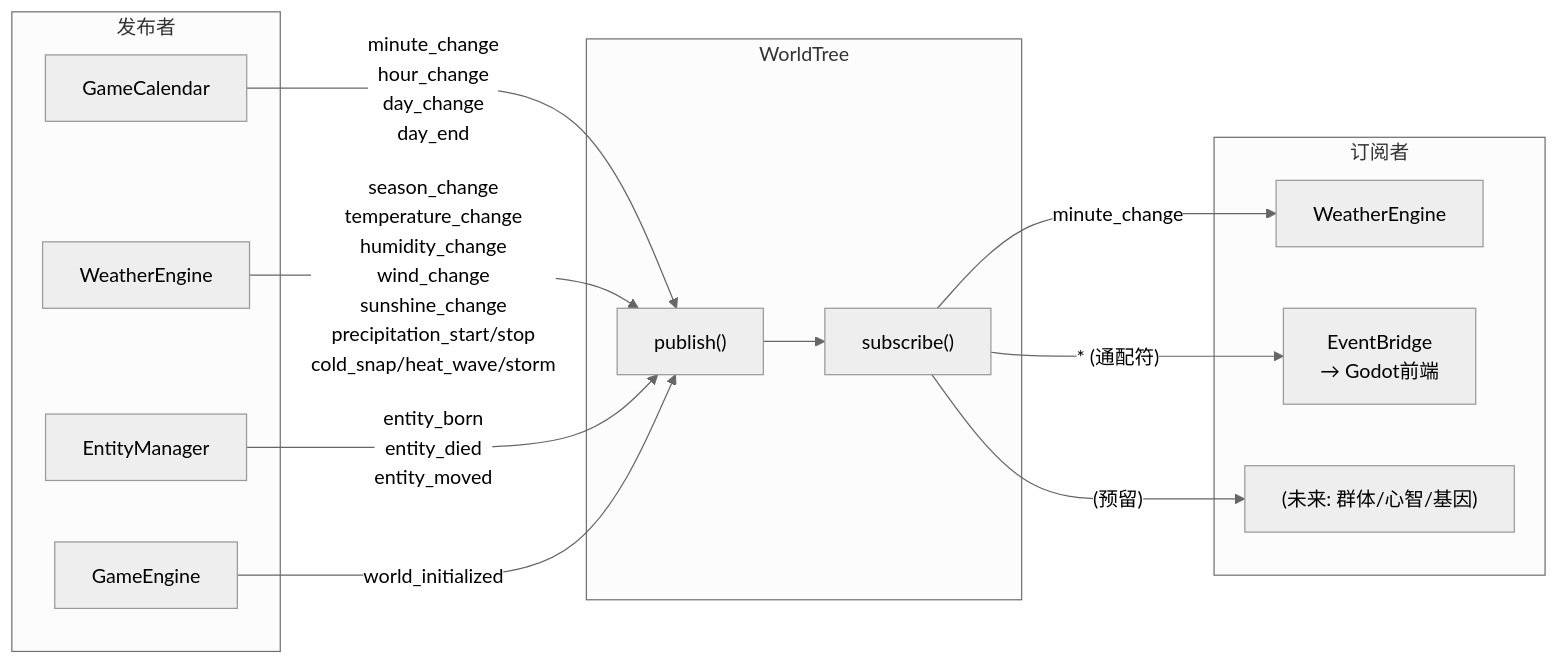
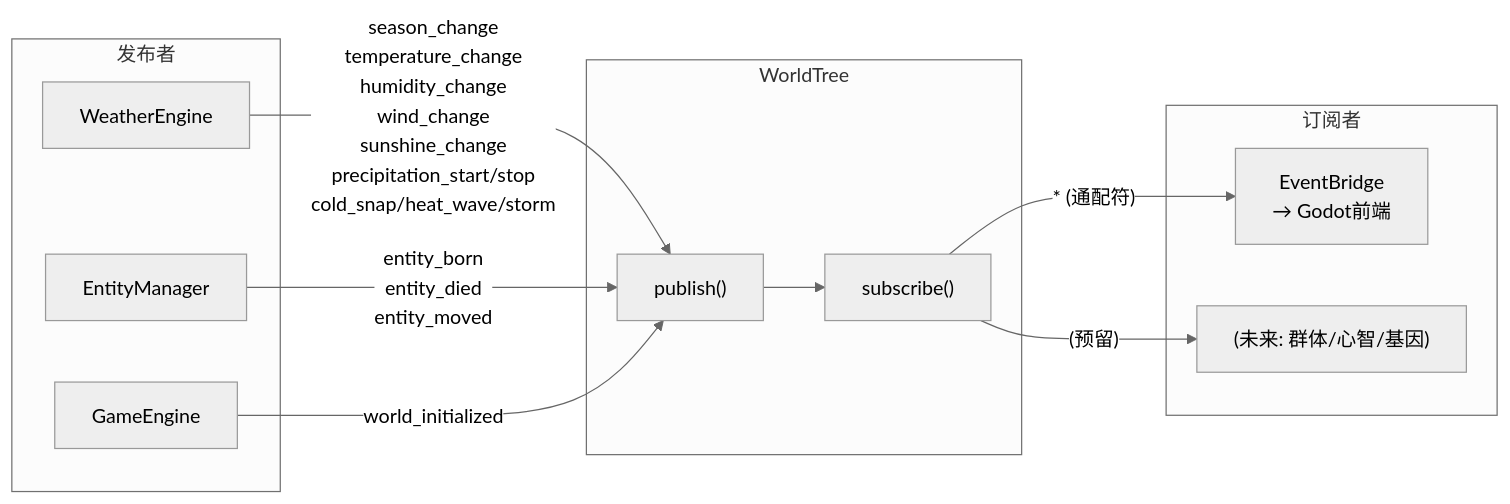
Before and after one commit to Jedidiah-Zhang/Ascend: the second of 6 diagrams in docs/diagrams/architecture.md, drawn with Mermaid (neutral theme). The commit also changed other lines of this file and 77 other files, not shown here.

````diff
--- a/docs/diagrams/architecture.md
+++ b/docs/diagrams/architecture.md
@@ -72,30 +70,26 @@
 ```mermaid
 graph LR
     subgraph 发布者
-        CAL2["GameCalendar"]
         WEA2["WeatherEngine"]
         ENT2["EntityManager"]
         GAME2["GameEngine"]
     end
 
     subgraph WorldTree2["WorldTree"]
         PUB["publish()"]
         SUB["subscribe()"]
     end
 
     subgraph 订阅者
-        WEA_SUB["WeatherEngine"]
         BRIDGE["EventBridge<br/>→ Godot前端"]
         FUTURE["(未来: 群体/心智/基因)"]
     end
 
-    CAL2 -->|"minute_change<br/>hour_change<br/>day_change<br/>day_end"| PUB
     WEA2 -->|"season_change<br/>temperature_change<br/>humidity_change<br/>wind_change<br/>sunshine_change<br/>precipitation_start/stop<br/>cold_snap/heat_wave/storm"| PUB
     ENT2 -->|"entity_born<br/>entity_died<br/>entity_moved"| PUB
     GAME2 -->|"world_initialized"| PUB
 
     PUB --> SUB
-    SUB -->|"minute_change"| WEA_SUB
     SUB -->|"* (通配符)"| BRIDGE
     SUB -->|"(预留)"| FUTURE
 ```
````
